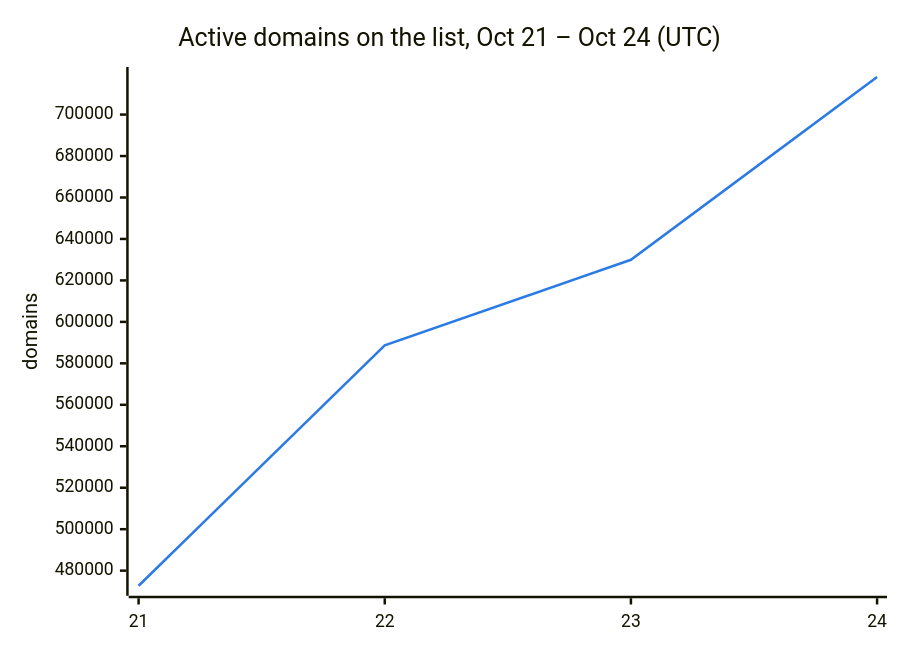
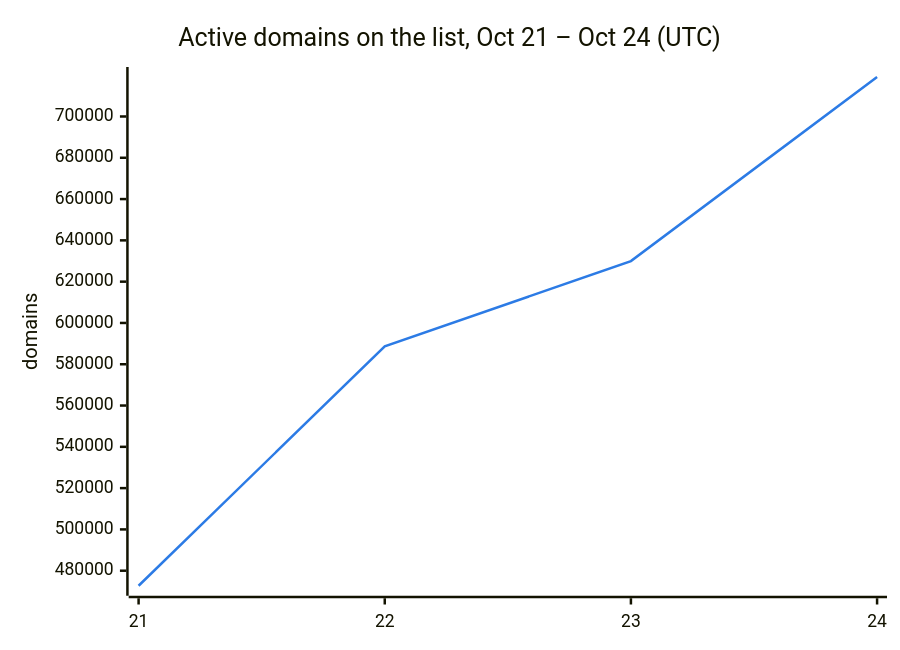
One commit to DNSBunker/CTI changed the second of 3 diagrams in README.md. Above: the diagram before and after it, drawn with Mermaid. The commit also changed other lines of this file and 3 other files, not shown here.

````diff
--- a/README.md
+++ b/README.md
@@ -38,8 +38,8 @@
 ```mermaid
 %%{init: {"themeVariables": {"xyChart": {"plotColorPalette": "#2c7be5"}}}}%%
 xychart-beta
     title "Active domains on the list, Oct 21 – Oct 24 (UTC)"
     x-axis ["21", "22", "23", "24"]
     y-axis "domains"
-    line [472713, 588659, 629951, 718129]
+    line [472713, 588659, 629951, 719126]
 ```
````
